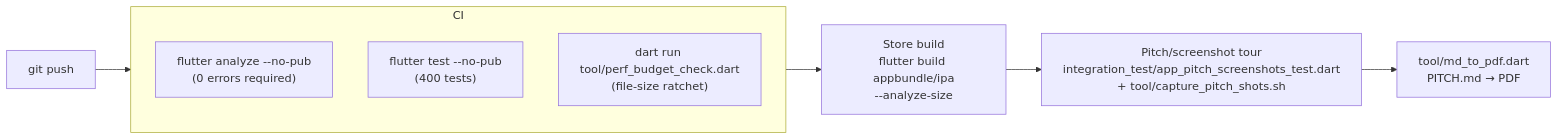
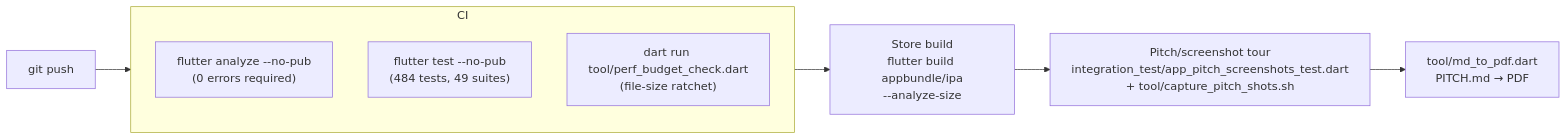
Before and after one commit to razique20/finavig: diagram 11 of 11 in ARCHITECTURE.md, drawn with Mermaid. The commit also changed other lines of this file and 12 other files, not shown here.

````diff
--- a/ARCHITECTURE.md
+++ b/ARCHITECTURE.md
@@ -289,12 +352,12 @@
 ```mermaid
 flowchart LR
     PUSH["git push"] --> CI["CI gates"]
     subgraph CI
         A["flutter analyze --no-pub<br/>(0 errors required)"]
-        B["flutter test --no-pub<br/>(400 tests)"]
+        B["flutter test --no-pub<br/>(484 tests, 49 suites)"]
         C["dart run tool/perf_budget_check.dart<br/>(file-size ratchet)"]
     end
     CI --> REL["Store build<br/>flutter build appbundle/ipa<br/>--analyze-size"]
     REL --> SHOTS["Pitch/screenshot tour<br/>integration_test/app_pitch_screenshots_test.dart<br/>+ tool/capture_pitch_shots.sh"]
     SHOTS --> DECK["tool/md_to_pdf.dart<br/>PITCH.md → PDF"]
 ```
````
